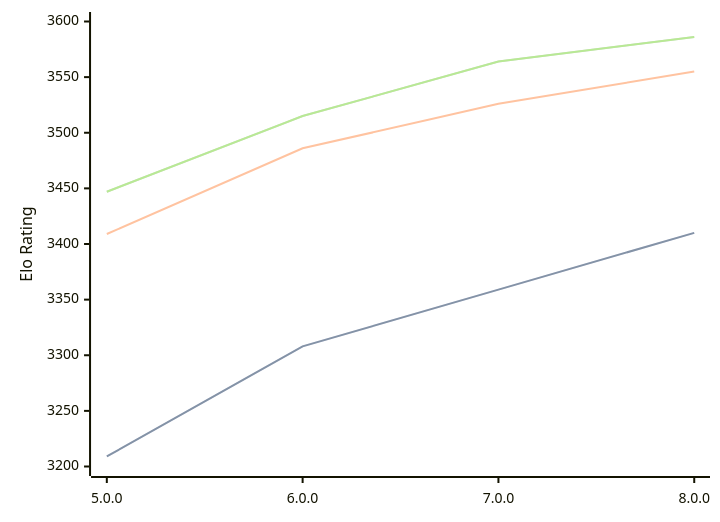
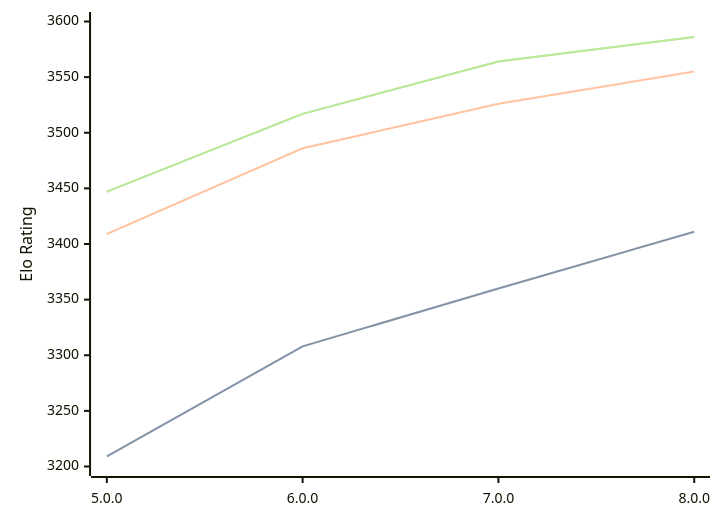
One commit to computer-chess-index/cci changed the diagram in engines/Stormphrax.md. Above: the diagram before and after it, drawn with Mermaid. The commit also changed other lines of this file, not shown here.

Commit message:
Update CCI Ratings (ELO VLTC) - 2026-09-27

````diff
--- a/engines/Stormphrax.md
+++ b/engines/Stormphrax.md
@@ -34,11 +34,11 @@
 ```mermaid
 %%{init: {"theme":"base","themeVariables":{"seriesColors:['#a3a3a3','#222221','#faa371']}}}%%
 xychart-beta
   x-axis ["5.0.0", "6.0.0", "7.0.0", "8.0.0"]
   y-axis "Elo Rating" 3200 --> 3600
-  line "" [3209, 3308, 3359, 3410]
-  line "STC (8.0+0.08s)" [3209, 3308, 3359, 3410]
+  line "" [3209, 3308, 3360, 3411]
+  line "STC (8.0+0.08s)" [3209, 3308, 3360, 3411]
   line "LTC (60.0+0.60s)" [3409, 3486, 3526, 3555]
-  line "" [3447, 3515, 3564, 3586]
-  line "VLTC (2m24s+1.12s)" [3447, 3515, 3564, 3586]
+  line "" [3447, 3517, 3564, 3586]
+  line "VLTC (2m24s+1.12s)" [3447, 3517, 3564, 3586]
 ```
````
